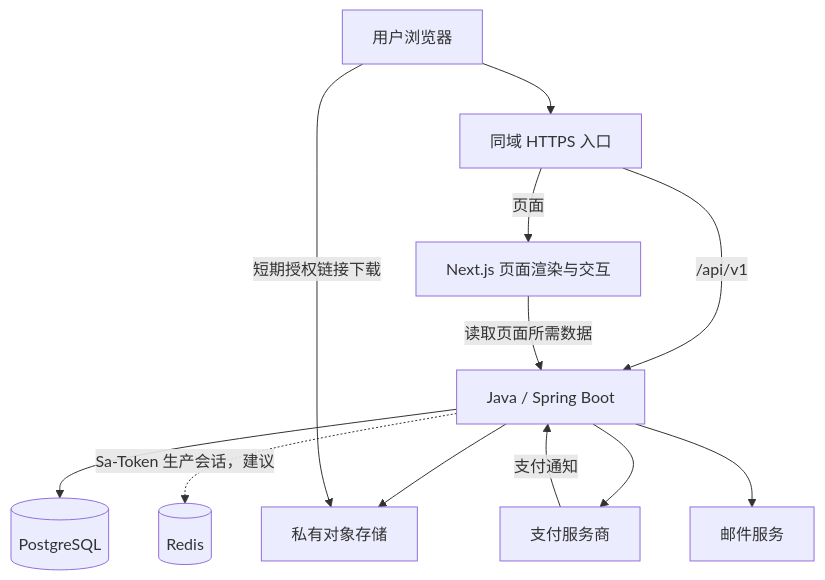
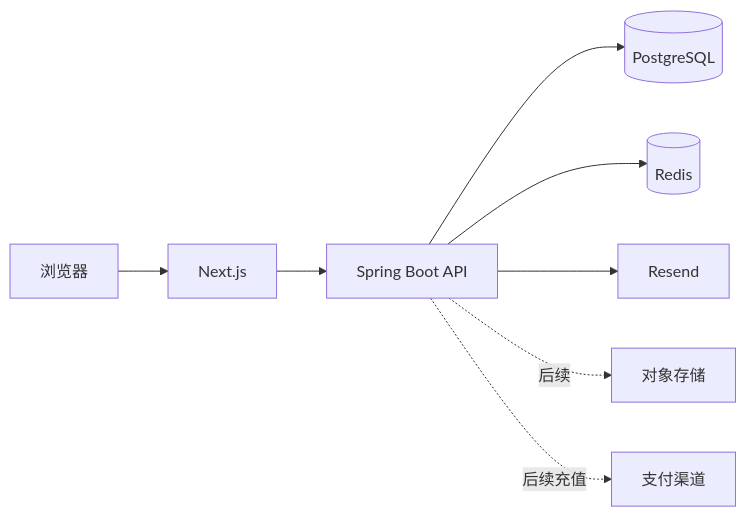
Before and after one commit to the-wayee/AriesHub: the diagram in doc/PROJECT.md, drawn with Mermaid. The commit also changed other lines of this file and 65 other files, not shown here.

````diff
--- a/doc/PROJECT.md
+++ b/doc/PROJECT.md
@@ -165,14 +93,10 @@
 ```mermaid
-flowchart TD
-    U[用户浏览器] --> G[同域 HTTPS 入口]
-    G -->|页面| N[Next.js 页面渲染与交互]
-    G -->|/api/v1| J[Java / Spring Boot]
-    N -->|读取页面所需数据| J
-    J --> DB[(PostgreSQL)]
-    J -. Sa-Token 生产会话，建议 .-> R[(Redis)]
-    J --> S[私有对象存储]
-    J --> P[支付服务商]
-    P -->|支付通知| J
-    J --> E[邮件服务]
-    U -->|短期授权链接下载| S
+flowchart LR
+    B[浏览器] --> N[Next.js]
+    N --> J[Spring Boot API]
+    J --> P[(PostgreSQL)]
+    J --> R[(Redis)]
+    J --> E[Resend]
+    J -. 后续 .-> O[对象存储]
+    J -. 后续充值 .-> Pay[支付渠道]
 ```
````
